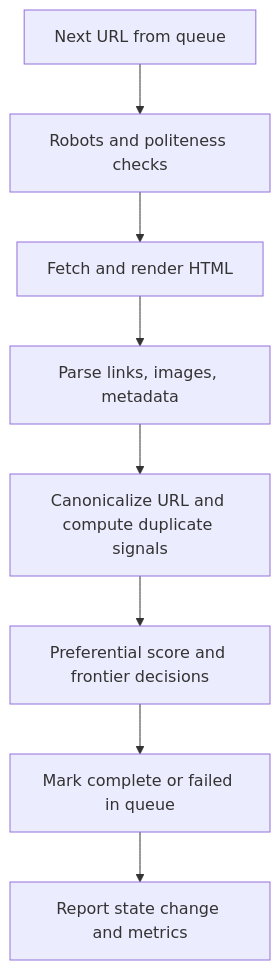
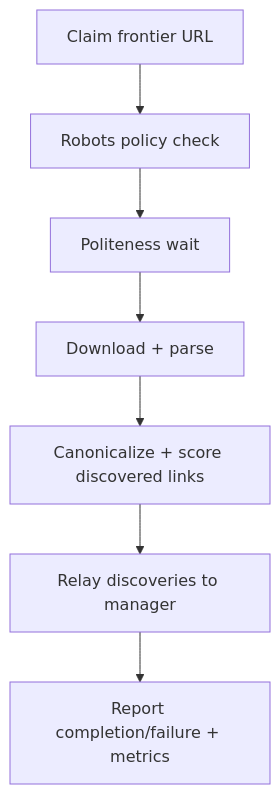
One commit to TiborKoderman/EIPS-TT changed the third of 3 diagrams in pa1/crawler/crawler.md. Above: the diagram before and after it, drawn with Mermaid. The commit also changed other lines of this file and 22 other files, not shown here.

First line of the commit message:
Refactor crawler architecture: remove standalone mode, streamline daemon entry points, and enhance local fallback configuration

````diff
--- a/pa1/crawler/crawler.md
+++ b/pa1/crawler/crawler.md
@@ -137,10 +80,9 @@
 ```mermaid
 flowchart TD
-    A[Next URL from queue] --> B[Robots and politeness checks]
-    B --> C[Fetch and render HTML]
-    C --> D[Parse links, images, metadata]
-    D --> E[Canonicalize URL and compute duplicate signals]
-    E --> F[Preferential score and frontier decisions]
-    F --> G[Mark complete or failed in queue]
-    G --> H[Report state change and metrics]
+    A[Claim frontier URL] --> B[Robots policy check]
+    B --> C[Politeness wait]
+    C --> D[Download + parse]
+    D --> E[Canonicalize + score discovered links]
+    E --> F[Relay discoveries to manager]
+    F --> G[Report completion/failure + metrics]
 ```
````
